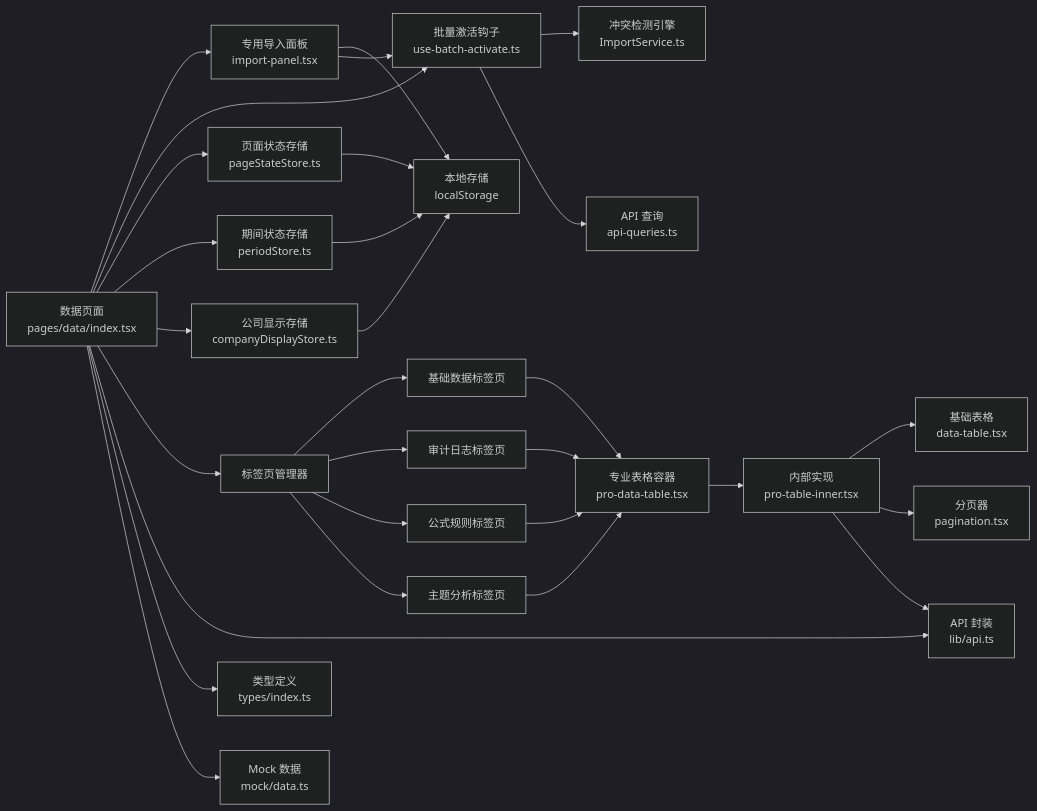
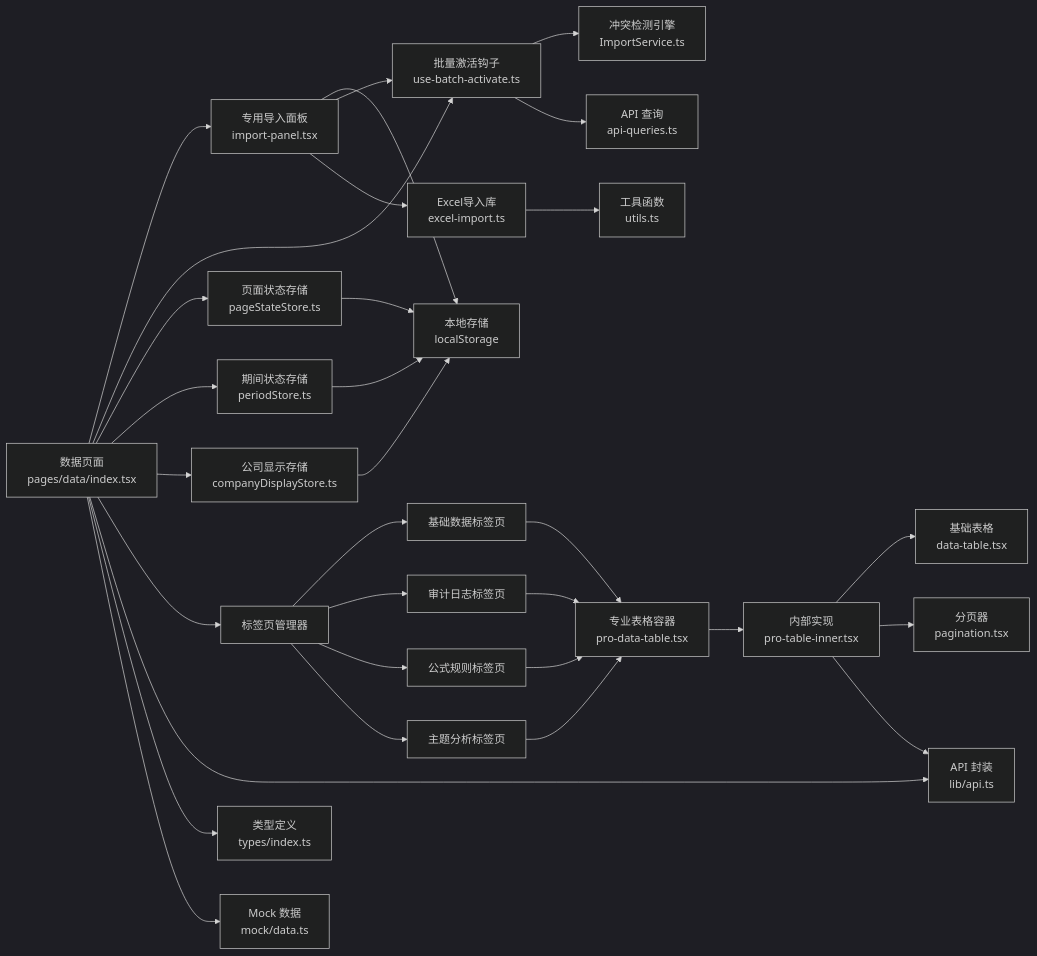
Before and after one commit to Damao997/newproject: the sixth of 6 diagrams in .qoder/repowiki/zh/content/页面组件/数据管理页面/数据管理页面.md, drawn with Mermaid (dark theme). The commit also changed other lines of this file and 5 other files, not shown here.

````diff
--- a/.qoder/repowiki/zh/content/页面组件/数据管理页面/数据管理页面.md
+++ b/.qoder/repowiki/zh/content/页面组件/数据管理页面/数据管理页面.md
@@ -531,31 +632,33 @@
 ```mermaid
 graph LR
 DataPage["数据页面<br/>pages/data/index.tsx"] --> ImportPanel["专用导入面板<br/>import-panel.tsx"]
 DataPage --> BatchHook["批量激活钩子<br/>use-batch-activate.ts"]
 DataPage --> PageStore["页面状态存储<br/>pageStateStore.ts"]
 DataPage --> PeriodStore["期间状态存储<br/>periodStore.ts"]
 DataPage --> CompanyStore["公司显示存储<br/>companyDisplayStore.ts"]
 DataPage --> TabManager["标签页管理器"]
 TabManager --> Tab1["基础数据标签页"]
 TabManager --> Tab2["审计日志标签页"]
 TabManager --> Tab3["公式规则标签页"]
 TabManager --> Tab4["主题分析标签页"]
 ImportPanel --> LocalStorage["本地存储<br/>localStorage"]
 ImportPanel --> BatchHook
+ImportPanel --> ExcelImport["Excel导入库<br/>excel-import.ts"]
 BatchHook --> ConflictEngine["冲突检测引擎<br/>ImportService.ts"]
 BatchHook --> APIQueries["API 查询<br/>api-queries.ts"]
 PageStore --> LocalStorage
 PeriodStore --> LocalStorage
 CompanyStore --> LocalStorage
+ExcelImport --> Utils["工具函数<br/>utils.ts"]
 Tab1 --> Pro["专业表格容器<br/>pro-data-table.tsx"]
 Tab2 --> Pro
 Tab3 --> Pro
 Tab4 --> Pro
 Pro --> Inner["内部实现<br/>pro-table-inner.tsx"]
 Inner --> Base["基础表格<br/>data-table.tsx"]
 Inner --> Pag["分页器<br/>pagination.tsx"]
 DataPage --> API["API 封装<br/>lib/api.ts"]
 Inner --> API
 DataPage --> Types["类型定义<br/>types/index.ts"]
 DataPage --> Mock["Mock 数据<br/>mock/data.ts"]
 ```
````
